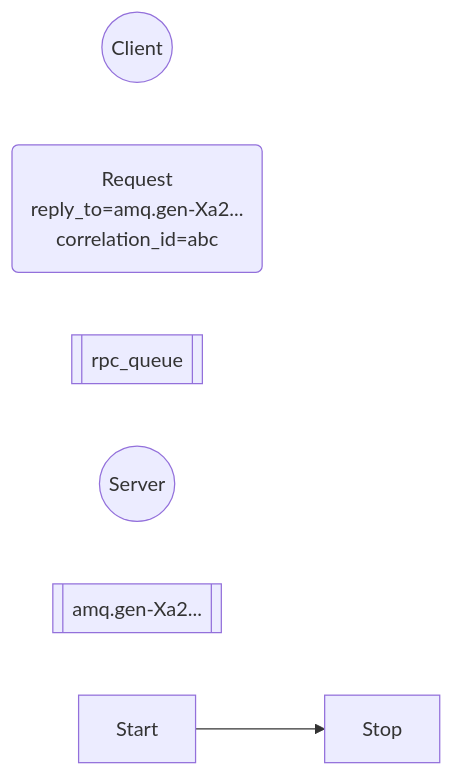
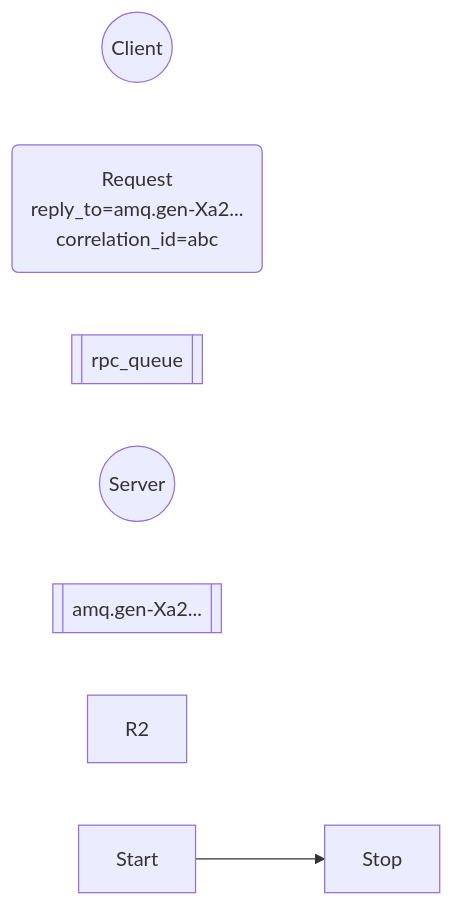
One commit to googlelxhgithub/iodraw-files changed the diagram in all/未命名-7.md. Above: the diagram before and after it, drawn with Mermaid.

Commit message:
2024-08-30 19:06:38 update

````diff
--- a/all/未命名-7.md
+++ b/all/未命名-7.md
@@ -1,10 +1,11 @@
 ```mermaid
 flowchart LR
     C((Client))
     R(Request\nreply_to=amq.gen-Xa2...\ncorrelation_id=abc)
     Q1[[rpc_queue]]
     S((Server))
     Q2[[amq.gen-Xa2...]]
+    R2
     Start --> Stop
   
 ```
````
